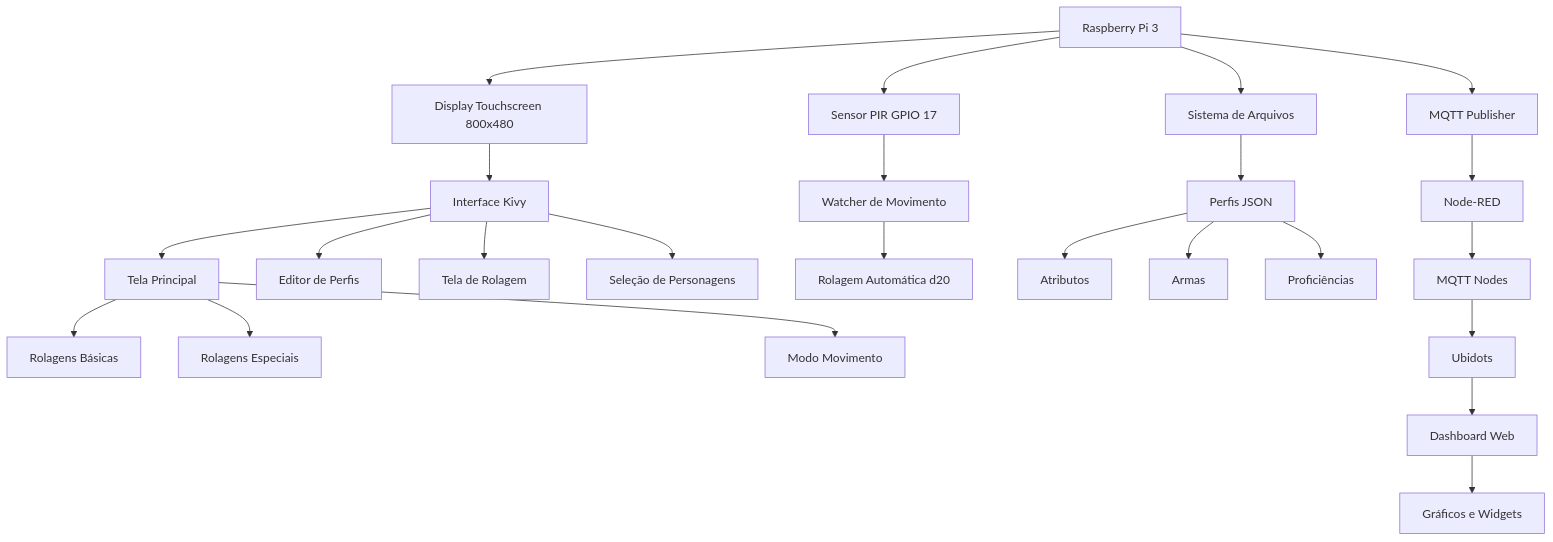
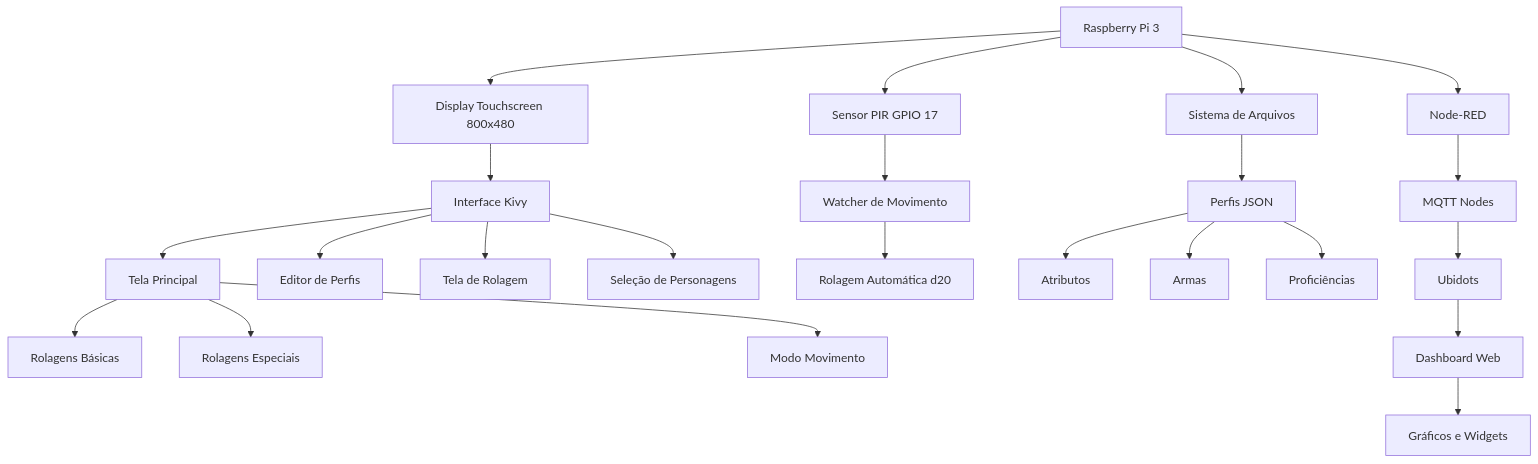
The diagram in README.md (acramin/t2_micro), drawn with Mermaid before and after one commit.

Commit message:
Change MQTT Publisher to Node-RED in README

````diff
--- a/README.md
+++ b/README.md
@@ -48,26 +48,25 @@
 ```mermaid
 graph TD
     A[Raspberry Pi 3] --> B[Display Touchscreen 800x480]
     A --> C[Sensor PIR GPIO 17]
     A --> D[Sistema de Arquivos]
-    A --> E[MQTT Publisher]
+    A --> E[Node-RED]
     B --> F[Interface Kivy]
     F --> G[Tela Principal]
     F --> H[Editor de Perfis]
     F --> I[Tela de Rolagem]
     F --> J[Seleção de Personagens]
     C --> K[Watcher de Movimento]
     K --> L[Rolagem Automática d20]
     D --> M[Perfis JSON]
     M --> N[Atributos]
     M --> O[Armas]
     M --> P[Proficiências]
     G --> Q[Rolagens Básicas]
     G --> R[Rolagens Especiais]
     G --> S[Modo Movimento]
-    E --> U[Node-RED]
-    U --> W[MQTT Nodes]
+    E --> W[MQTT Nodes]
     W --> X[Ubidots]
     X --> Y[Dashboard Web]
     Y --> Z[Gráficos e Widgets]
 ```
````
